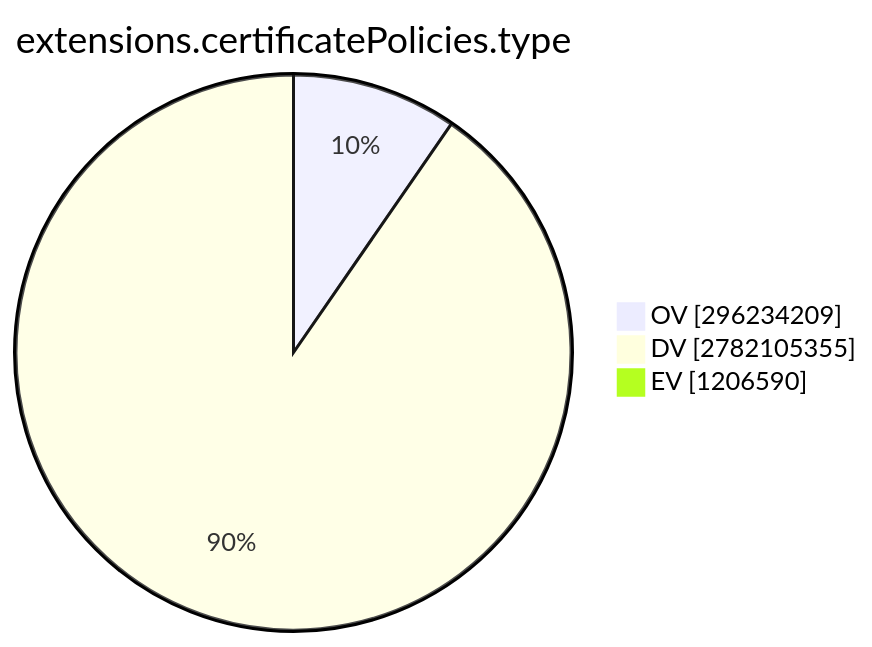
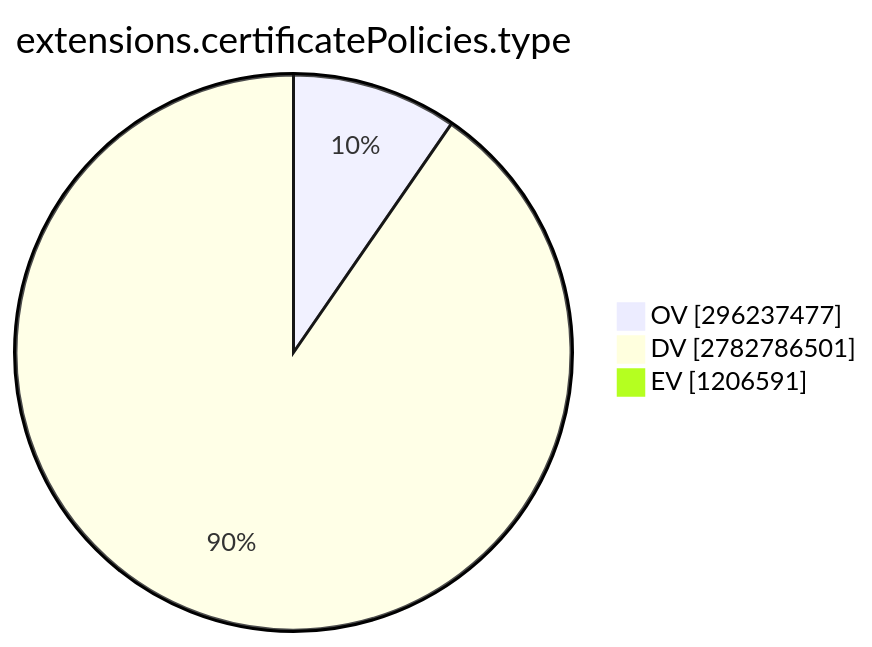
One commit to christiankrug/ctmonitor_visualization changed the ninth of 15 diagrams in TOTAL/README.md. Above: the diagram before and after it, drawn with Mermaid. The commit also changed other lines of this file, not shown here.

````diff
--- a/TOTAL/README.md
+++ b/TOTAL/README.md
@@ -3099,7 +3099,7 @@
 ```mermaid
 pie showData
 title extensions.certificatePolicies.type
-"OV" :296234209
-"DV" :2782105355
-"EV" :1206590
+"OV" :296237477
+"DV" :2782786501
+"EV" :1206591
 ```
````
